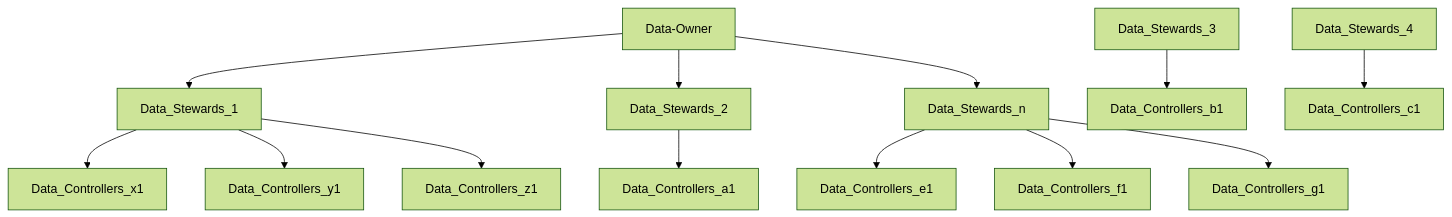
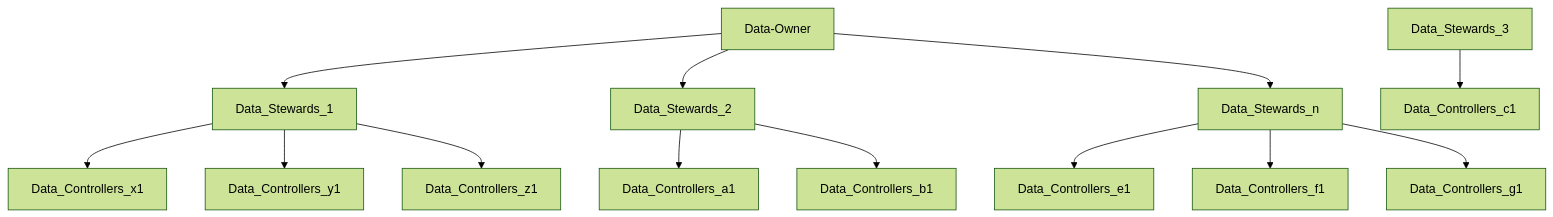
Before and after one commit to shyamsunderrai/DMC: the diagram in Governance/Governance.MD, drawn with Mermaid (forest theme).

````diff
--- a/Governance/Governance.MD
+++ b/Governance/Governance.MD
@@ -10,15 +10,15 @@
 ```mermaid
 graph TD;
     Data-Owner-->Data_Stewards_1;
     Data-Owner-->Data_Stewards_2;
     Data-Owner-->Data_Stewards_n; 
     Data_Stewards_1-->Data_Controllers_x1;
     Data_Stewards_1-->Data_Controllers_y1;
     Data_Stewards_1-->Data_Controllers_z1;
     Data_Stewards_2-->Data_Controllers_a1;
-    Data_Stewards_3-->Data_Controllers_b1;
-    Data_Stewards_4-->Data_Controllers_c1;
+    Data_Stewards_2-->Data_Controllers_b1;
+    Data_Stewards_3-->Data_Controllers_c1;
     Data_Stewards_n-->Data_Controllers_e1;
     Data_Stewards_n-->Data_Controllers_f1;
     Data_Stewards_n-->Data_Controllers_g1;
 ```
````
